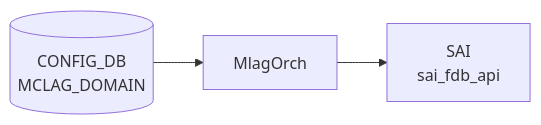
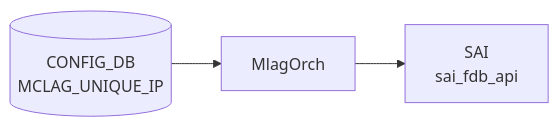
The diagram in docs/reference/config-db/mclag-unique-ip.md (aoki-taquan/sonic-unofficial-docs), drawn with Mermaid before and after one commit. The commit also changed 2 other files, not shown here.

Commit message:
fix(config-db): review batch 094 — mermaid CDB label errors and duplicate heading
- mclag-interface.md: fix mermaid CDB label MCLAG_DOMAIN → MCLAG_INTERFACE
- mclag-unique-ip.md: fix mermaid CDB label MCLAG_DOMAIN → MCLAG_UNIQUE_IP
- mgmt-interface.md: disambiguate duplicate Phase F heading (append "— interfaces-config 詳細")

````diff
--- a/docs/reference/config-db/mclag-unique-ip.md
+++ b/docs/reference/config-db/mclag-unique-ip.md
@@ -56,8 +56,8 @@
 ```mermaid
 flowchart LR
-  CDB[("CONFIG_DB<br/>MCLAG_DOMAIN")]
+  CDB[("CONFIG_DB<br/>MCLAG_UNIQUE_IP")]
   DM["MlagOrch"]
   CDB --> DM
   SAI["SAI<br/>sai_fdb_api"]
   DM --> SAI
 ```
````
